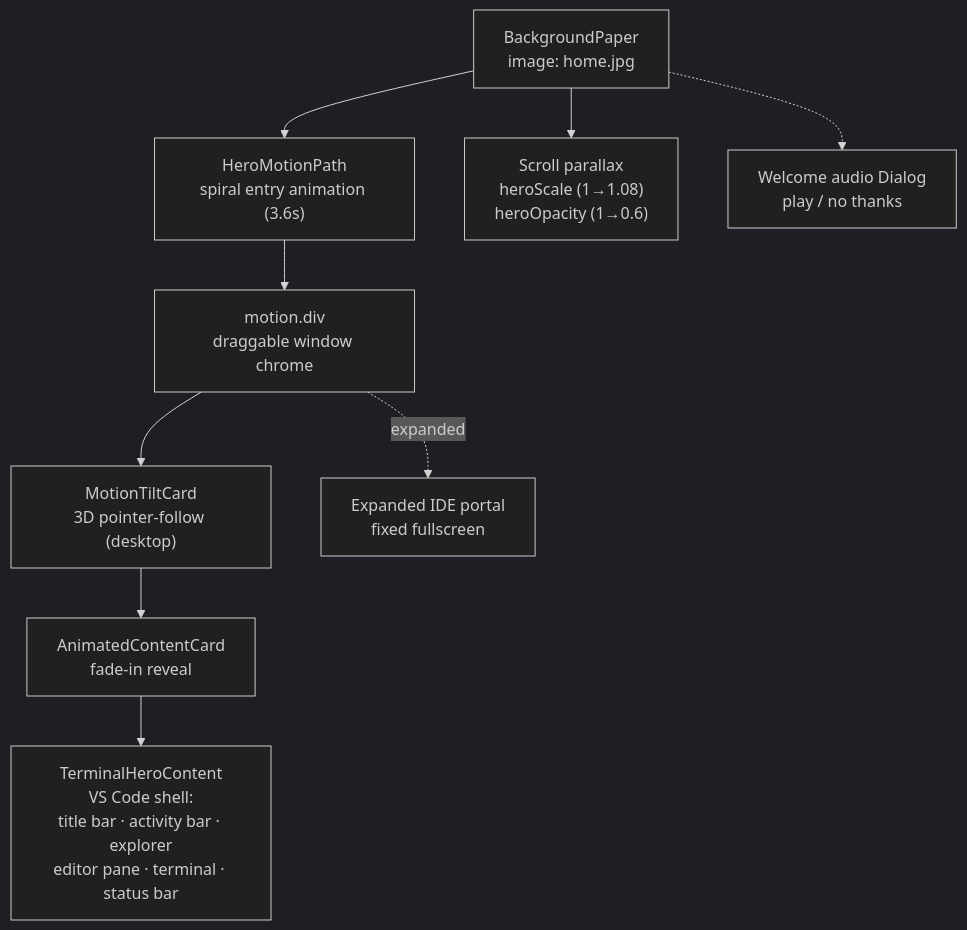
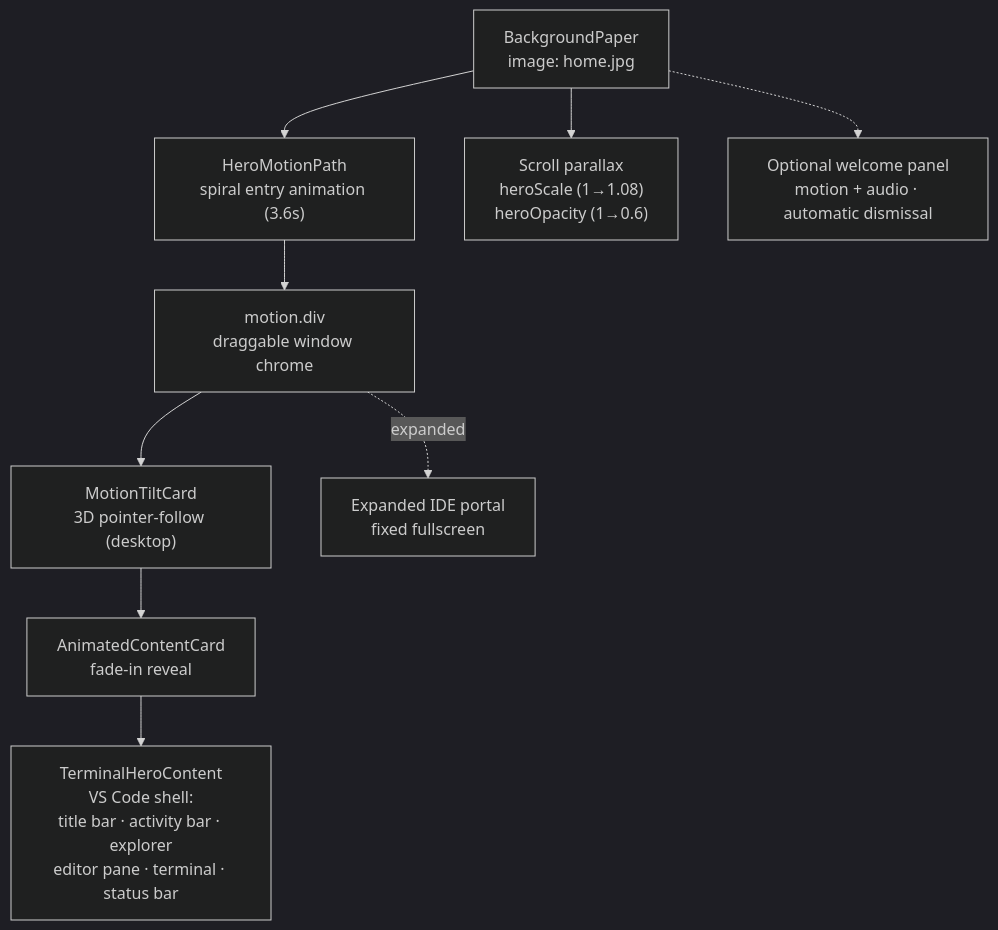
The second of 12 diagrams in docs/frontend/page-choreography.md (danphenderson/dev-danhenderson), drawn with Mermaid (dark theme) before and after one commit. The commit also changed other lines of this file and 30 other files, not shown here.

Commit message:
fix(ui): streamline welcome flow and correct GitHub stars

````diff
--- a/docs/frontend/page-choreography.md
+++ b/docs/frontend/page-choreography.md
@@ -32,17 +34,17 @@
 ```mermaid
 flowchart TB
   BG["BackgroundPaper<br/>image: home.jpg"]
   HMP["HeroMotionPath<br/>spiral entry animation (3.6s)"]
   DragDiv["motion.div<br/>draggable window chrome"]
   Tilt["MotionTiltCard<br/>3D pointer-follow (desktop)"]
   ACC["AnimatedContentCard<br/>fade-in reveal"]
   THC["TerminalHeroContent<br/>VS Code shell:<br/>title bar · activity bar · explorer<br/>editor pane · terminal · status bar"]
   ScrollP["Scroll parallax<br/>heroScale (1→1.08)<br/>heroOpacity (1→0.6)"]
-  Dialog["Welcome audio Dialog<br/>play / no thanks"]
+  Dialog["Optional welcome panel<br/>motion + audio · automatic dismissal"]
   Portal["Expanded IDE portal<br/>fixed fullscreen"]
 
   BG --> HMP --> DragDiv --> Tilt --> ACC --> THC
   BG --> ScrollP
   BG -.-> Dialog
   DragDiv -.->|expanded| Portal
 ```
````
